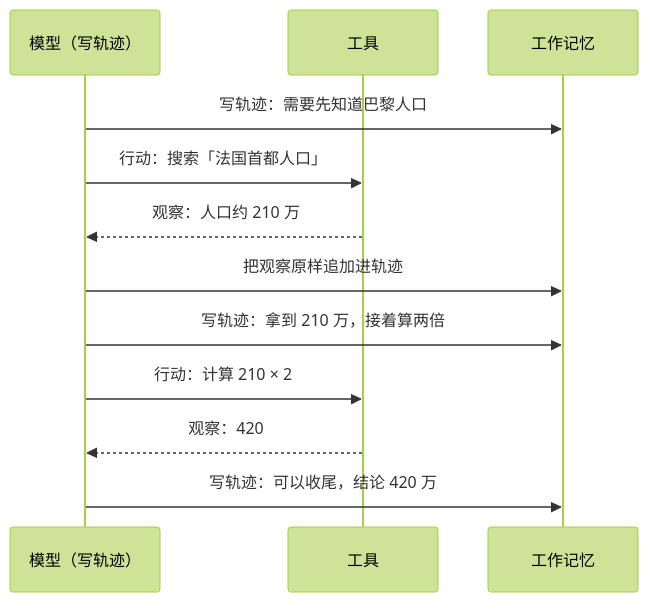
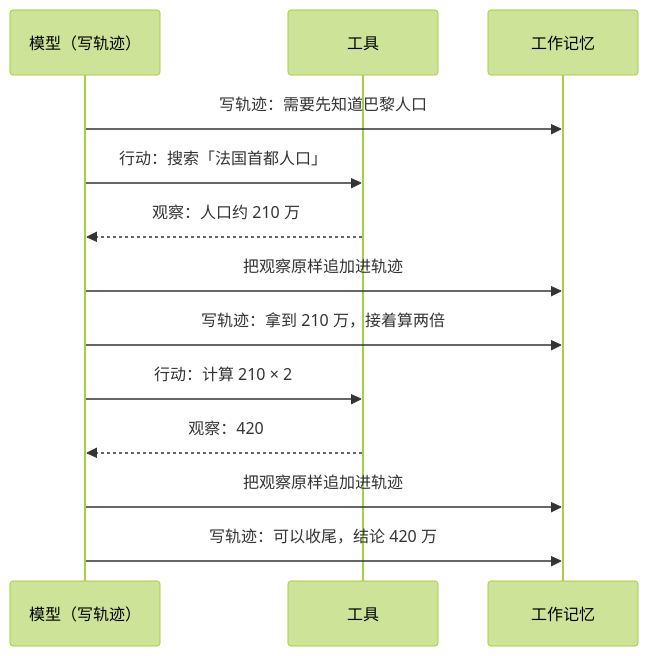
Before and after one commit to Laughingtt/agentkit: the second of 3 diagrams in part-3-agent原理/ch12-三大范式.md, drawn with Mermaid (forest theme). The commit also changed other lines of this file and 1 other file, not shown here.

````diff
--- a/part-3-agent原理/ch12-三大范式.md
+++ b/part-3-agent原理/ch12-三大范式.md
@@ -88,15 +88,16 @@
 ```mermaid
 sequenceDiagram
     participant M as 模型（写轨迹）
     participant T as 工具
     participant W as 工作记忆
 
     M->>W: 写轨迹：需要先知道巴黎人口
     M->>T: 行动：搜索「法国首都人口」
     T-->>M: 观察：人口约 210 万
     M->>W: 把观察原样追加进轨迹
     M->>W: 写轨迹：拿到 210 万，接着算两倍
     M->>T: 行动：计算 210 × 2
     T-->>M: 观察：420
+    M->>W: 把观察原样追加进轨迹
     M->>W: 写轨迹：可以收尾，结论 420 万
 ```
````
